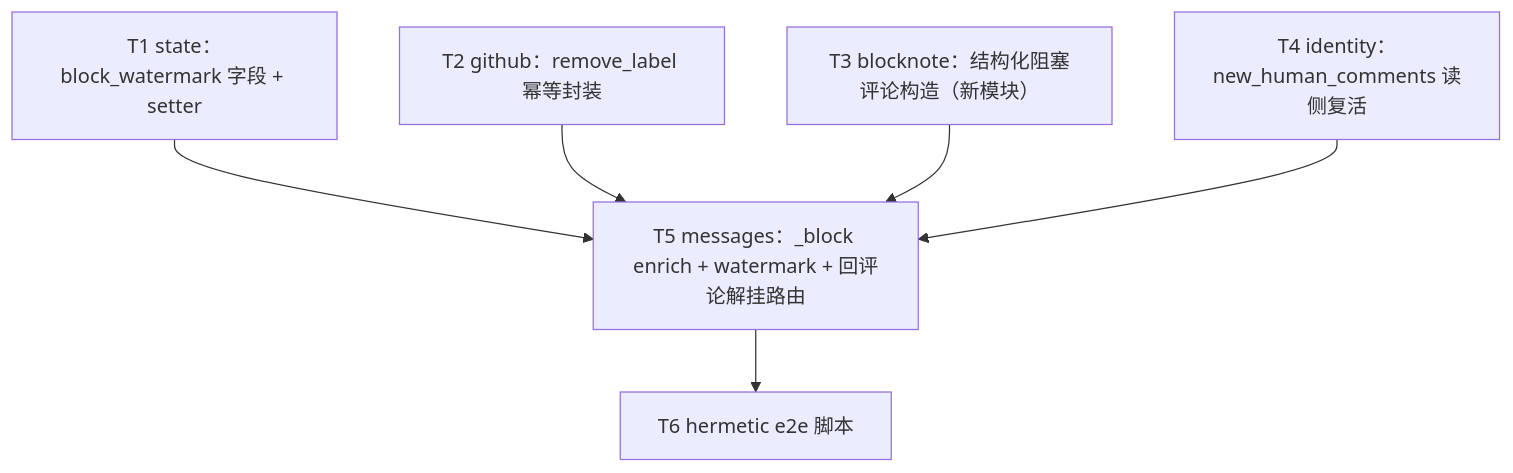
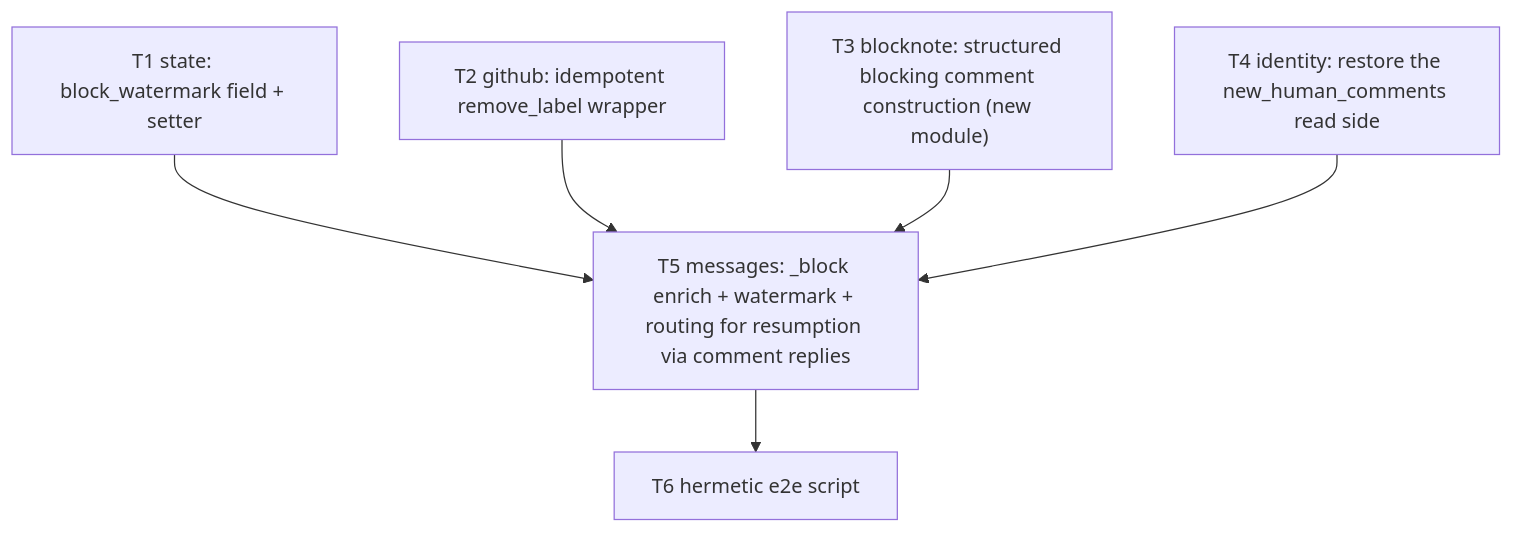
Before and after one commit to Curry09/OpenAgents: the diagram in docs/specs/0032-needs-human-comment-unblock-loop.md, drawn with Mermaid. The commit also changed other lines of this file and 461 other files, not shown here.

````diff
--- a/docs/specs/0032-needs-human-comment-unblock-loop.md
+++ b/docs/specs/0032-needs-human-comment-unblock-loop.md
@@ -282,14 +282,14 @@
 ```mermaid
 graph TD
-  T1["T1 state：block_watermark 字段 + setter"]
-  T2["T2 github：remove_label 幂等封装"]
-  T3["T3 blocknote：结构化阻塞评论构造（新模块）"]
-  T4["T4 identity：new_human_comments 读侧复活"]
-  T5["T5 messages：_block enrich + watermark + 回评论解挂路由"]
-  T6["T6 hermetic e2e 脚本"]
+  T1["T1 state: block_watermark field + setter"]
+  T2["T2 github: idempotent remove_label wrapper"]
+  T3["T3 blocknote: structured blocking comment construction (new module)"]
+  T4["T4 identity: restore the new_human_comments read side"]
+  T5["T5 messages: _block enrich + watermark + routing for resumption via comment replies"]
+  T6["T6 hermetic e2e script"]
   T1 --> T5
   T2 --> T5
   T3 --> T5
   T4 --> T5
   T5 --> T6
 ```
````
